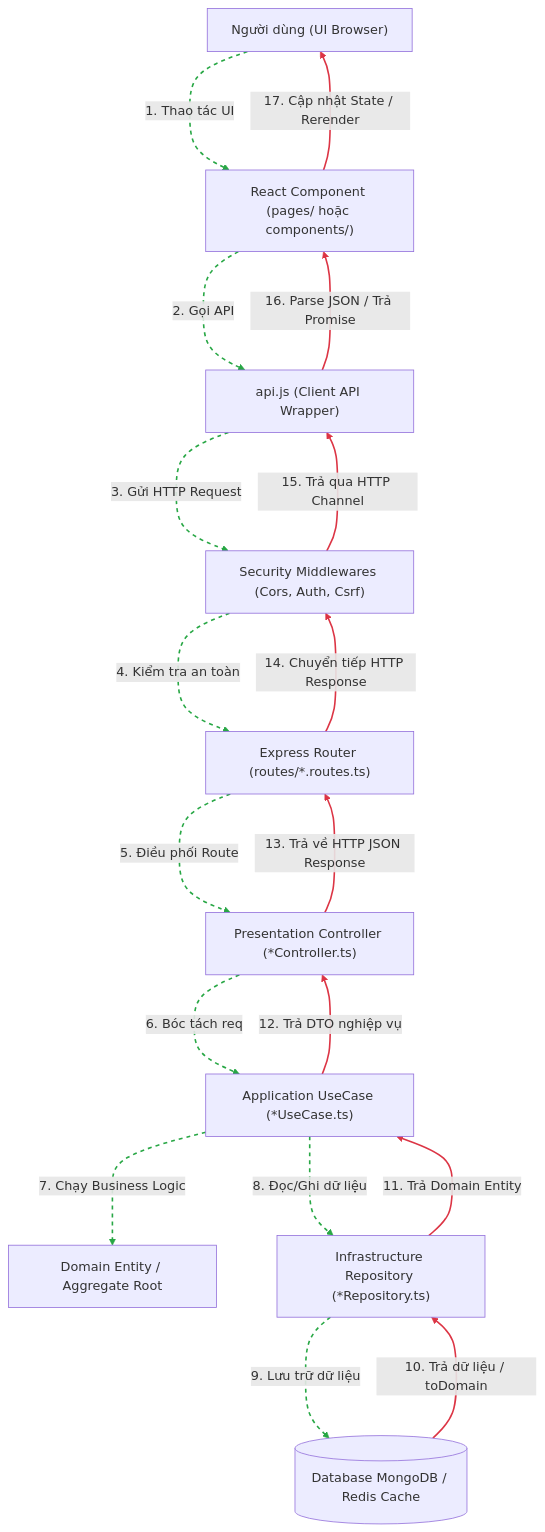
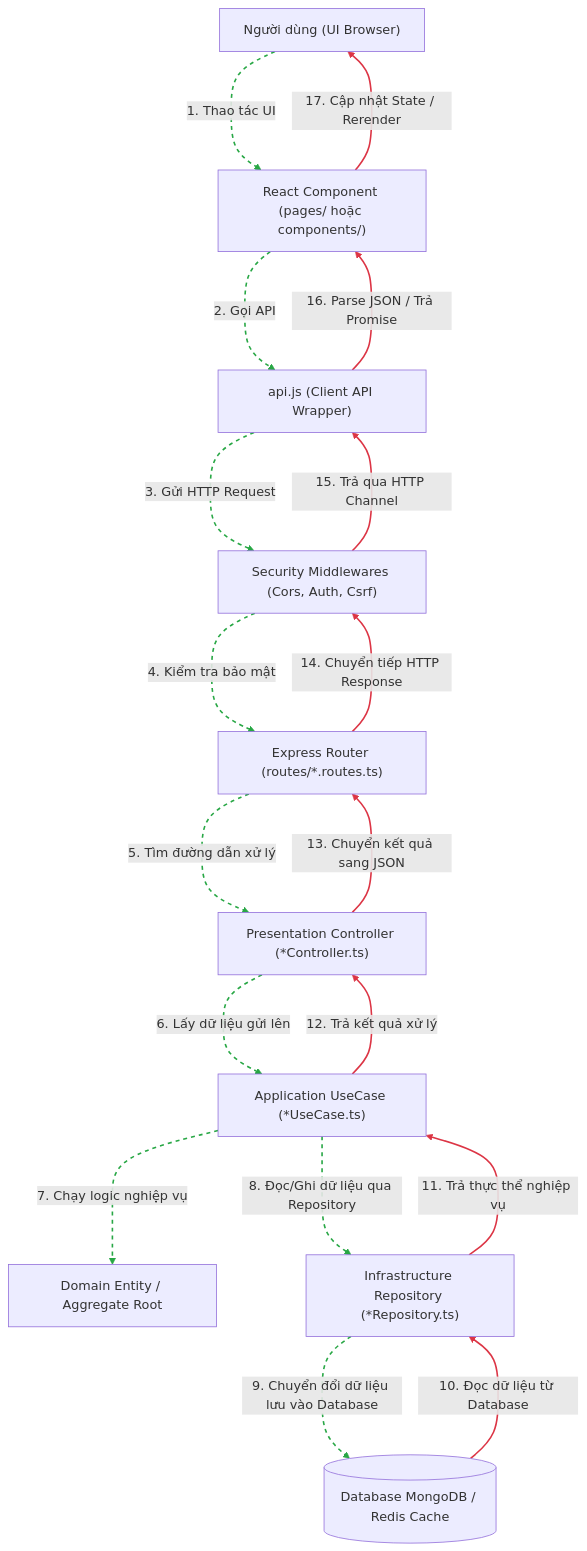
One commit to fptu-se-su26/swp391-su26-ai-audit-project-swp391_se20a04_group-06 changed the first of 13 diagrams in docs/06_usecase_lifecycle_and_testing_guide.md. Above: the diagram before and after it, drawn with Mermaid. The commit also changed other lines of this file, not shown here.

Commit message:
docs: simplify technical terminology in request flow diagrams

````diff
--- a/docs/06_usecase_lifecycle_and_testing_guide.md
+++ b/docs/06_usecase_lifecycle_and_testing_guide.md
@@ -69,42 +69,42 @@
 ```mermaid
 graph TD
     User["Người dùng (UI Browser)"] --->|1. Thao tác UI| ReactComp["React Component (pages/ hoặc components/)"]
     ReactComp --->|2. Gọi API| ApiJs["api.js (Client API Wrapper)"]
     ApiJs --->|3. Gửi HTTP Request| Middleware["Security Middlewares (Cors, Auth, Csrf)"]
-    Middleware --->|4. Kiểm tra an toàn| Router["Express Router (routes/*.routes.ts)"]
-    Router --->|5. Điều phối Route| Controller["Presentation Controller (*Controller.ts)"]
-    Controller --->|6. Bóc tách req| UseCase["Application UseCase (*UseCase.ts)"]
-    UseCase --->|7. Chạy Business Logic| Domain["Domain Entity / Aggregate Root"]
-    UseCase --->|8. Đọc/Ghi dữ liệu| Repo["Infrastructure Repository (*Repository.ts)"]
-    Repo --->|9. Lưu trữ dữ liệu| Database[("Database MongoDB / Redis Cache")]
+    Middleware --->|4. Kiểm tra bảo mật| Router["Express Router (routes/*.routes.ts)"]
+    Router --->|5. Tìm đường dẫn xử lý| Controller["Presentation Controller (*Controller.ts)"]
+    Controller --->|6. Lấy dữ liệu gửi lên| UseCase["Application UseCase (*UseCase.ts)"]
+    UseCase --->|7. Chạy logic nghiệp vụ| Domain["Domain Entity / Aggregate Root"]
+    UseCase --->|8. Đọc/Ghi dữ liệu qua Repository| Repo["Infrastructure Repository (*Repository.ts)"]
+    Repo --->|9. Chuyển đổi dữ liệu lưu vào Database| Database[("Database MongoDB / Redis Cache")]
 
-    Database ===>|10. Trả dữ liệu / toDomain| Repo
-    Repo ===>|11. Trả Domain Entity| UseCase
-    UseCase ===>|12. Trả DTO nghiệp vụ| Controller
-    Controller ===>|13. Trả về HTTP JSON Response| Router
+    Database ===>|10. Đọc dữ liệu từ Database| Repo
+    Repo ===>|11. Trả thực thể nghiệp vụ| UseCase
+    UseCase ===>|12. Trả kết quả xử lý| Controller
+    Controller ===>|13. Chuyển kết quả sang JSON| Router
     Router ===>|14. Chuyển tiếp HTTP Response| Middleware
     Middleware ===>|15. Trả qua HTTP Channel| ApiJs
     ApiJs ===>|16. Parse JSON / Trả Promise| ReactComp
     ReactComp ===>|17. Cập nhật State / Rerender| User
 
     linkStyle 0 stroke:#28a745,stroke-width:2px,stroke-dasharray: 5 5;
     linkStyle 1 stroke:#28a745,stroke-width:2px,stroke-dasharray: 5 5;
     linkStyle 2 stroke:#28a745,stroke-width:2px,stroke-dasharray: 5 5;
     linkStyle 3 stroke:#28a745,stroke-width:2px,stroke-dasharray: 5 5;
     linkStyle 4 stroke:#28a745,stroke-width:2px,stroke-dasharray: 5 5;
     linkStyle 5 stroke:#28a745,stroke-width:2px,stroke-dasharray: 5 5;
     linkStyle 6 stroke:#28a745,stroke-width:2px,stroke-dasharray: 5 5;
     linkStyle 7 stroke:#28a745,stroke-width:2px,stroke-dasharray: 5 5;
     linkStyle 8 stroke:#28a745,stroke-width:2px,stroke-dasharray: 5 5;
     linkStyle 9 stroke:#dc3545,stroke-width:2px;
     linkStyle 10 stroke:#dc3545,stroke-width:2px;
     linkStyle 11 stroke:#dc3545,stroke-width:2px;
     linkStyle 12 stroke:#dc3545,stroke-width:2px;
     linkStyle 13 stroke:#dc3545,stroke-width:2px;
     linkStyle 14 stroke:#dc3545,stroke-width:2px;
     linkStyle 15 stroke:#dc3545,stroke-width:2px;
     linkStyle 16 stroke:#dc3545,stroke-width:2px;
     
     classDef reqClass fill:#d4edda,stroke:#28a745,stroke-width:1px;
     classDef resClass fill:#f8d7da,stroke:#dc3545,stroke-width:1px;
 ```
````
